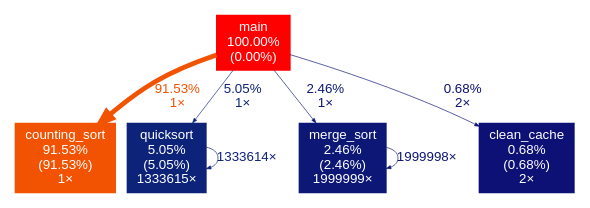
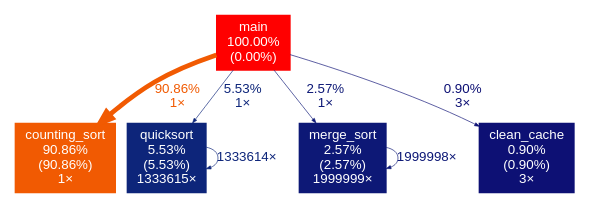
The diagram in Atividade2/saida_gprof.dot (FelipeMoleiro/MateriaCodigoOtimizado), drawn with Graphviz before and after one commit. The commit also changed 13 other files, not shown here.

```diff
--- a/Atividade2/saida_gprof.dot
+++ b/Atividade2/saida_gprof.dot
@@ -1,16 +1,16 @@
 digraph {
 	graph [fontname=Arial, nodesep=0.125, ranksep=0.25];
 	node [fontcolor=white, fontname=Arial, height=0, shape=box, style=filled, width=0];
 	edge [fontname=Arial];
 	1 [color="#ff0000", fontcolor="#ffffff", fontsize="10.00", label="main\n100.00%\n(0.00%)"];
-	1 -> 2 [arrowsize="0.96", color="#f25302", fontcolor="#f25302", fontsize="10.00", label="91.53%\n1×", labeldistance="3.66", penwidth="3.66"];
-	1 -> 3 [arrowsize="0.35", color="#0d2379", fontcolor="#0d2379", fontsize="10.00", label="5.05%\n1×", labeldistance="0.50", penwidth="0.50"];
-	1 -> 4 [arrowsize="0.35", color="#0d1776", fontcolor="#0d1776", fontsize="10.00", label="2.46%\n1×", labeldistance="0.50", penwidth="0.50"];
-	1 -> 5 [arrowsize="0.35", color="#0d1074", fontcolor="#0d1074", fontsize="10.00", label="0.68%\n2×", labeldistance="0.50", penwidth="0.50"];
-	2 [color="#f25302", fontcolor="#ffffff", fontsize="10.00", label="counting_sort\n91.53%\n(91.53%)\n1×"];
-	3 [color="#0d2379", fontcolor="#ffffff", fontsize="10.00", label="quicksort\n5.05%\n(5.05%)\n1333615×"];
-	3 -> 3 [arrowsize="0.35", color="#0d2379", fontcolor="#0d2379", fontsize="10.00", label="1333614×", labeldistance="0.50", penwidth="0.50"];
-	4 [color="#0d1776", fontcolor="#ffffff", fontsize="10.00", label="merge_sort\n2.46%\n(2.46%)\n1999999×"];
-	4 -> 4 [arrowsize="0.35", color="#0d1776", fontcolor="#0d1776", fontsize="10.00", label="1999998×", labeldistance="0.50", penwidth="0.50"];
-	5 [color="#0d1074", fontcolor="#ffffff", fontsize="10.00", label="clean_cache\n0.68%\n(0.68%)\n2×"];
+	1 -> 2 [arrowsize="0.95", color="#f15a02", fontcolor="#f15a02", fontsize="10.00", label="90.86%\n1×", labeldistance="3.63", penwidth="3.63"];
+	1 -> 3 [arrowsize="0.35", color="#0d257a", fontcolor="#0d257a", fontsize="10.00", label="5.53%\n1×", labeldistance="0.50", penwidth="0.50"];
+	1 -> 4 [arrowsize="0.35", color="#0d1876", fontcolor="#0d1876", fontsize="10.00", label="2.57%\n1×", labeldistance="0.50", penwidth="0.50"];
+	1 -> 5 [arrowsize="0.35", color="#0d1074", fontcolor="#0d1074", fontsize="10.00", label="0.90%\n3×", labeldistance="0.50", penwidth="0.50"];
+	2 [color="#f15a02", fontcolor="#ffffff", fontsize="10.00", label="counting_sort\n90.86%\n(90.86%)\n1×"];
+	3 [color="#0d257a", fontcolor="#ffffff", fontsize="10.00", label="quicksort\n5.53%\n(5.53%)\n1333615×"];
+	3 -> 3 [arrowsize="0.35", color="#0d257a", fontcolor="#0d257a", fontsize="10.00", label="1333614×", labeldistance="0.50", penwidth="0.50"];
+	4 [color="#0d1876", fontcolor="#ffffff", fontsize="10.00", label="merge_sort\n2.57%\n(2.57%)\n1999999×"];
+	4 -> 4 [arrowsize="0.35", color="#0d1876", fontcolor="#0d1876", fontsize="10.00", label="1999998×", labeldistance="0.50", penwidth="0.50"];
+	5 [color="#0d1074", fontcolor="#ffffff", fontsize="10.00", label="clean_cache\n0.90%\n(0.90%)\n3×"];
 }
```
